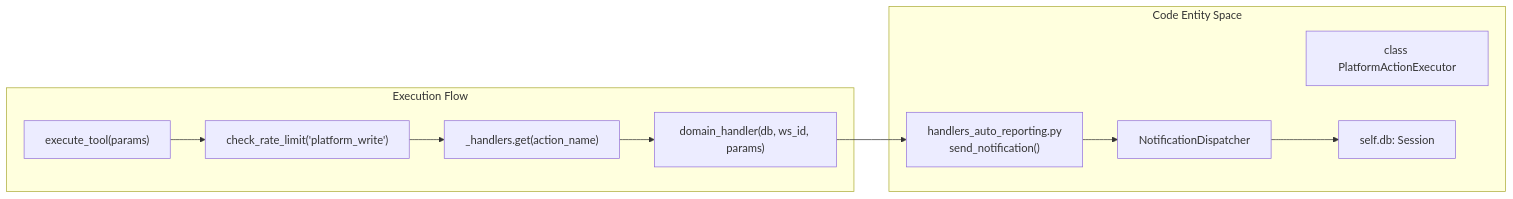
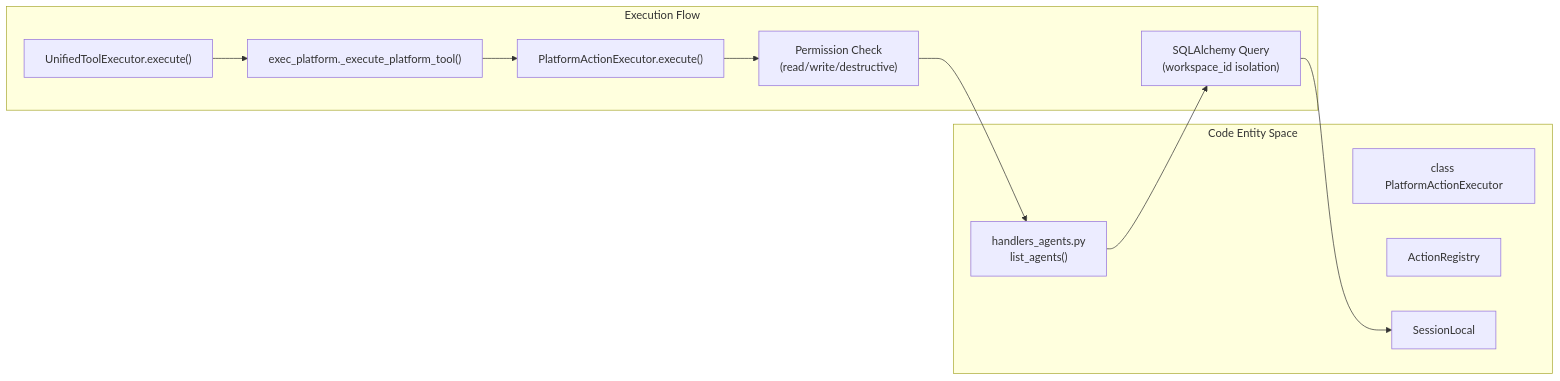
One commit to AutomatosAI/automatos-ai changed the second of 3 diagrams in docs/platform-actions/platform-action-system.md. Above: the diagram before and after it, drawn with Mermaid. The commit also changed other lines of this file and 191 other files, not shown here.

````diff
--- a/docs/platform-actions/platform-action-system.md
+++ b/docs/platform-actions/platform-action-system.md
@@ -94,23 +113,24 @@
 ```mermaid
 graph LR
     subgraph "Code Entity Space"
         Executor["class PlatformActionExecutor"]
-        Handler["handlers_auto_reporting.py<br/>send_notification()"]
-        Dispatcher["NotificationDispatcher"]
-        DB["self.db: Session"]
+        Handler["handlers_agents.py<br/>list_agents()"]
+        Registry["ActionRegistry"]
+        DB["SessionLocal"]
     end
 
     subgraph "Execution Flow"
-        Call["execute_tool(params)"]
-        RateLimit["check_rate_limit('platform_write')"]
-        Lookup["_handlers.get(action_name)"]
-        Logic["domain_handler(db, ws_id, params)"]
+        Call["UnifiedToolExecutor.execute()"]
+        ExecPlatform["exec_platform._execute_platform_tool()"]
+        Dispatch["PlatformActionExecutor.execute()"]
+        Perm["Permission Check<br/>(read/write/destructive)"]
+        SQL["SQLAlchemy Query<br/>(workspace_id isolation)"]
     end
 
-    Call --> RateLimit
-    RateLimit --> Lookup
-    Lookup --> Logic
-    Logic --> Handler
-    Handler --> Dispatcher
-    Dispatcher --> DB
+    Call --> ExecPlatform
+    ExecPlatform --> Dispatch
+    Dispatch --> Perm
+    Perm --> Handler
+    Handler --> SQL
+    SQL --> DB
 ```
````
